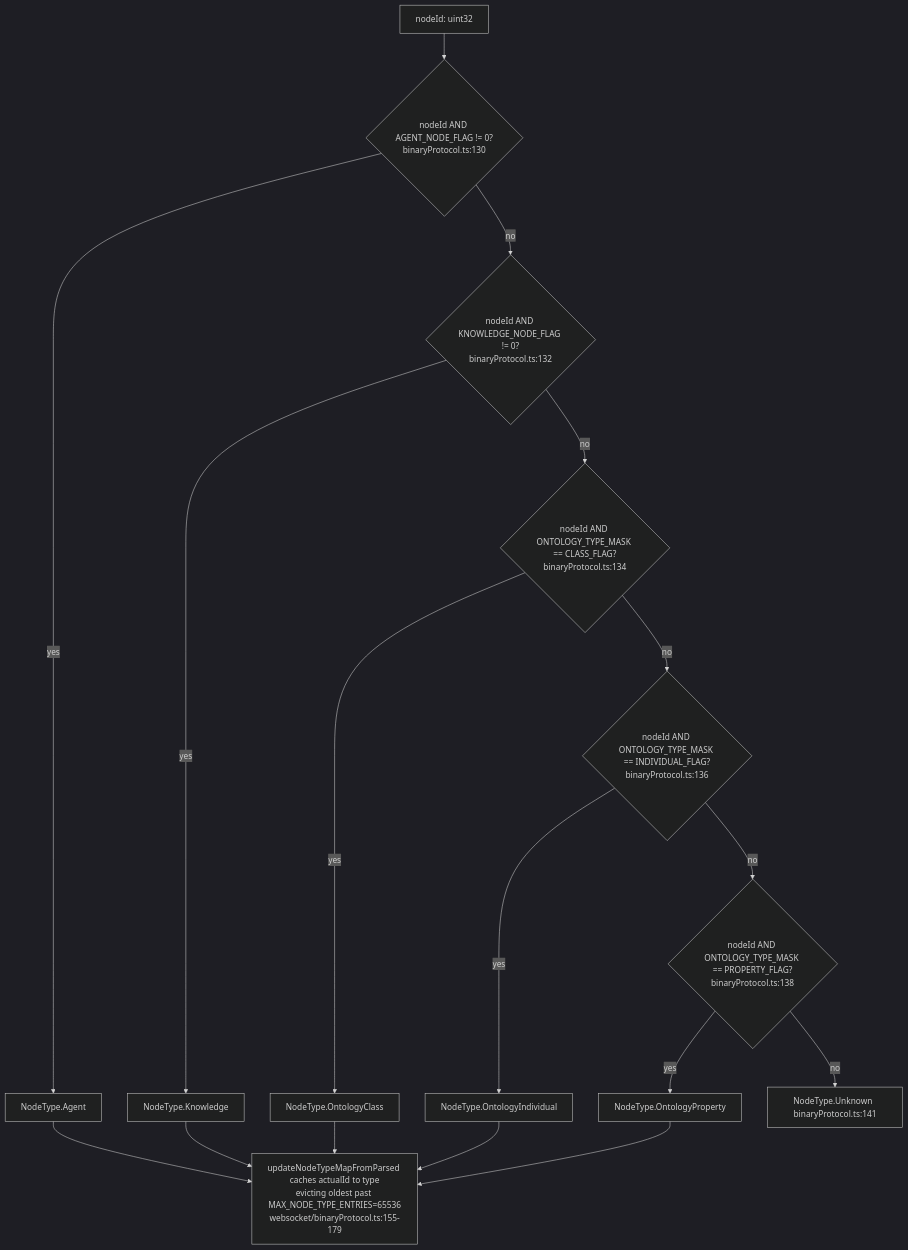
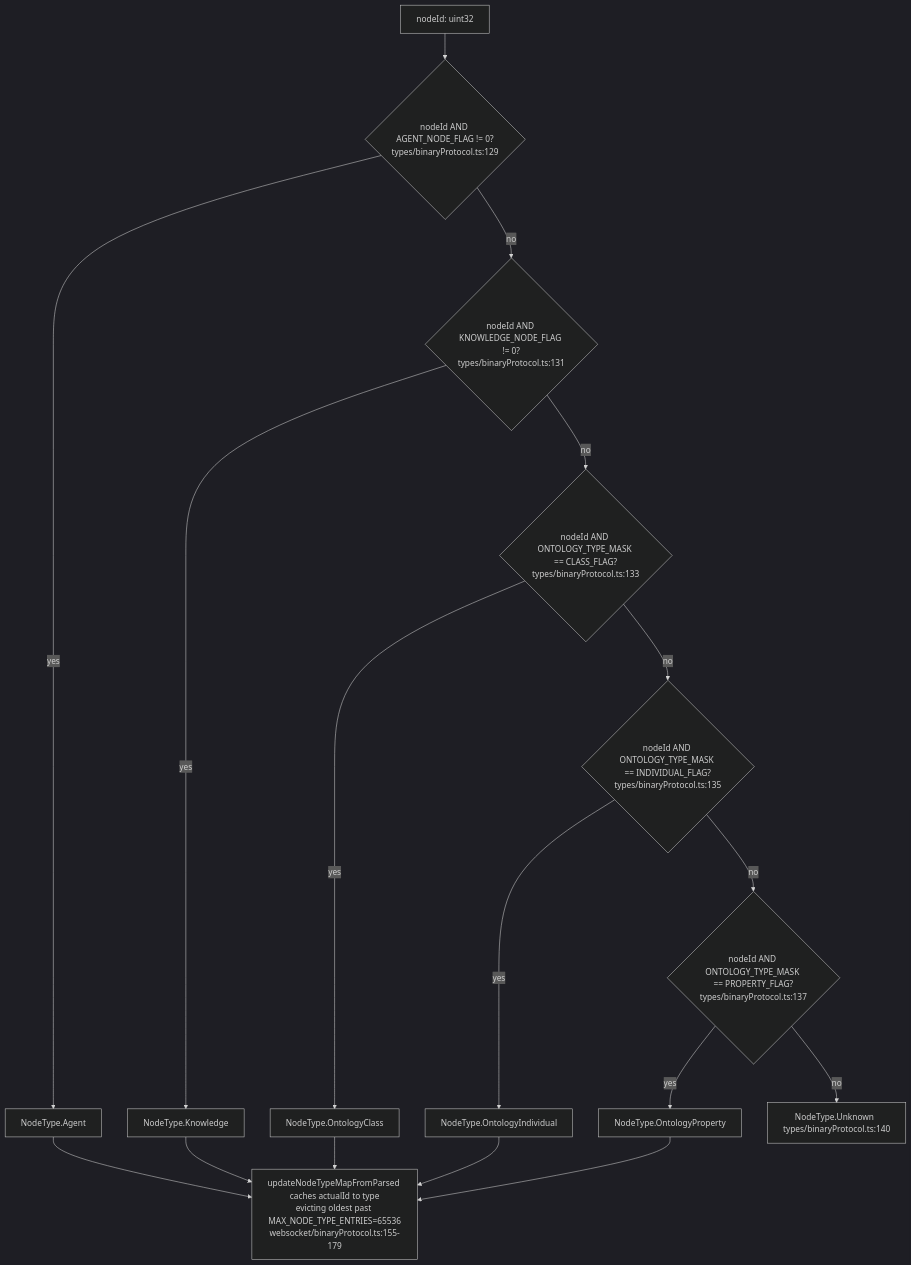
The seventh of 16 diagrams in docs/diagrams/visionclaw/32-client-websocket-and-binary.md (DreamLab-AI/VisionFlow), drawn with Mermaid (dark theme) before and after one commit. The commit also changed other lines of this file and 185 other files, not shown here.

Commit message:
docs(estate): reconcile diagrams and ADRs with source and define closeout sprint

````diff
--- a/docs/diagrams/visionclaw/32-client-websocket-and-binary.md
+++ b/docs/diagrams/visionclaw/32-client-websocket-and-binary.md
@@ -267,19 +270,19 @@
 ```mermaid
 flowchart TD
-    A["nodeId: uint32"] --> B{"nodeId AND AGENT_NODE_FLAG != 0?<br/>binaryProtocol.ts:130"}
+    A["nodeId: uint32"] --> B{"nodeId AND AGENT_NODE_FLAG != 0?<br/>types/binaryProtocol.ts:129"}
     B -- yes --> AG["NodeType.Agent"]
-    B -- no --> C{"nodeId AND KNOWLEDGE_NODE_FLAG != 0?<br/>binaryProtocol.ts:132"}
+    B -- no --> C{"nodeId AND KNOWLEDGE_NODE_FLAG != 0?<br/>types/binaryProtocol.ts:131"}
     C -- yes --> KN["NodeType.Knowledge"]
-    C -- no --> D{"nodeId AND ONTOLOGY_TYPE_MASK == CLASS_FLAG?<br/>binaryProtocol.ts:134"}
+    C -- no --> D{"nodeId AND ONTOLOGY_TYPE_MASK == CLASS_FLAG?<br/>types/binaryProtocol.ts:133"}
     D -- yes --> OC["NodeType.OntologyClass"]
-    D -- no --> E{"nodeId AND ONTOLOGY_TYPE_MASK == INDIVIDUAL_FLAG?<br/>binaryProtocol.ts:136"}
+    D -- no --> E{"nodeId AND ONTOLOGY_TYPE_MASK == INDIVIDUAL_FLAG?<br/>types/binaryProtocol.ts:135"}
     E -- yes --> OI["NodeType.OntologyIndividual"]
-    E -- no --> F{"nodeId AND ONTOLOGY_TYPE_MASK == PROPERTY_FLAG?<br/>binaryProtocol.ts:138"}
+    E -- no --> F{"nodeId AND ONTOLOGY_TYPE_MASK == PROPERTY_FLAG?<br/>types/binaryProtocol.ts:137"}
     F -- yes --> OP["NodeType.OntologyProperty"]
-    F -- no --> UN["NodeType.Unknown  binaryProtocol.ts:141"]
+    F -- no --> UN["NodeType.Unknown  types/binaryProtocol.ts:140"]
     AG --> G["updateNodeTypeMapFromParsed caches actualId to type<br/>evicting oldest past MAX_NODE_TYPE_ENTRIES=65536<br/>websocket/binaryProtocol.ts:155-179"]
     KN --> G
     OC --> G
     OI --> G
     OP --> G
 ```
````
